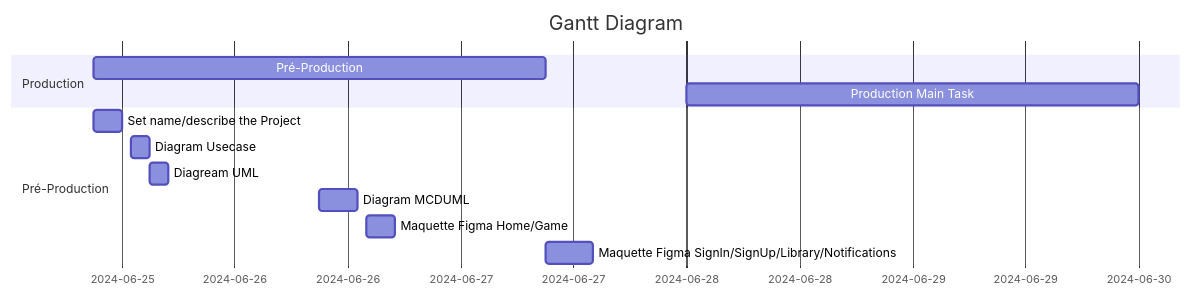
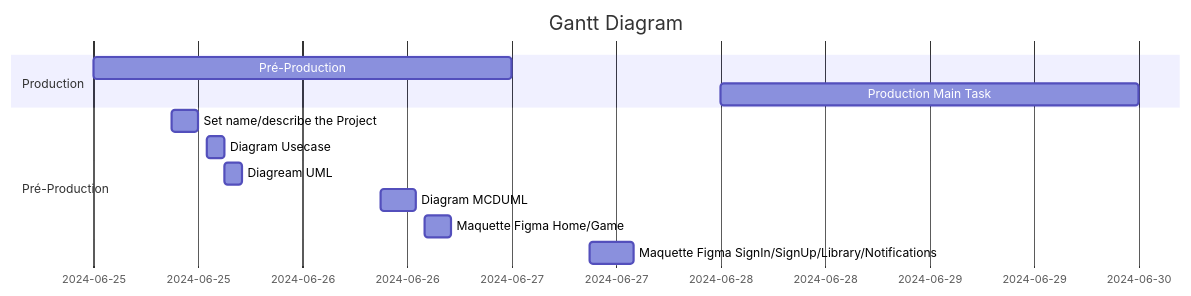
Before and after one commit to JameS-Gmz/api-Rest: the first of 3 diagrams in README.md, drawn with Mermaid.

````diff
--- a/README.md
+++ b/README.md
@@ -48,15 +48,15 @@
 ```mermaid
 gantt
     title Gantt Diagram
     dateFormat YYYY-MM-DD
     section Production
-        Pré-Production   :a1, 2024-06-25 9:00, 2d
+        Pré-Production   :a1, 2024-06-25, 2d
         Production Main Task : 2024-06-28, 2d
     section Pré-Production
         Set name/describe the Project :2024-06-25 9:00, 3h
         Diagram Usecase  : 2024-06-25 13:00, 2h
         Diagream UML : 2024-06-25 15:00, 2h
         Diagram MCDUML : 2024-06-26 9:00, 4h
         Maquette Figma Home/Game : 2024-06-26 14:00, 3h
         Maquette Figma SignIn/SignUp/Library/Notifications : 2024-06-27 9:00, 5h
 ```
````
